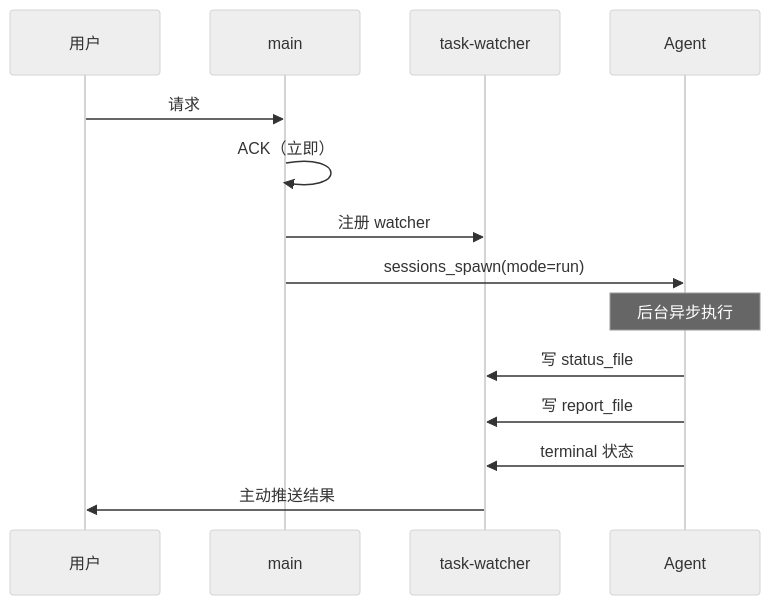
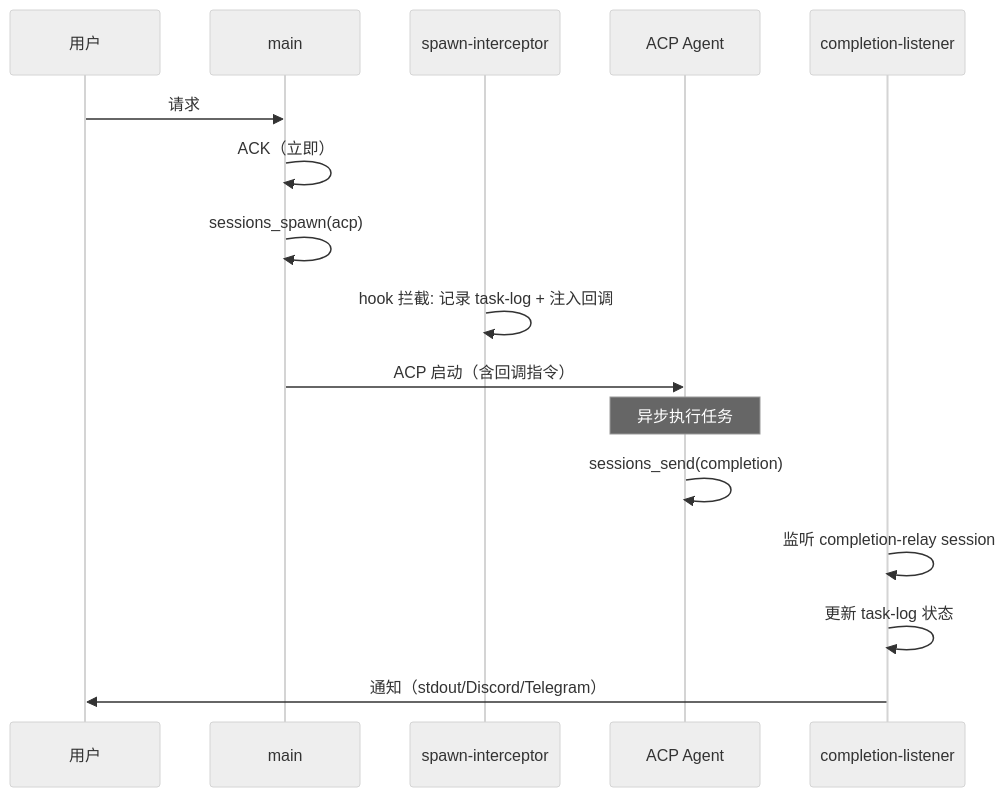
The second of 5 diagrams in ARCHITECTURE.md (2317891476/openclaw-multiagent-framework), drawn with Mermaid (neutral theme) before and after one commit. The commit also changed other lines of this file and 9 other files, not shown here.

````diff
--- a/ARCHITECTURE.md
+++ b/ARCHITECTURE.md
@@ -152,17 +86,19 @@
 ```mermaid
 sequenceDiagram
     participant U as 用户
     participant M as main
-    participant W as task-watcher
-    participant A as Agent
+    participant P as spawn-interceptor
+    participant ACP as ACP Agent
+    participant L as completion-listener
     
     U->>M: 请求
     M->>M: ACK（立即）
-    M->>W: 注册 watcher
-    M->>A: sessions_spawn(mode=run)
-    note over A: 后台异步执行
-    A->>W: 写 status_file
-    A->>W: 写 report_file
-    A->>W: terminal 状态
-    W->>U: 主动推送结果
+    M->>M: sessions_spawn(acp)
+    P->>P: hook 拦截: 记录 task-log + 注入回调
+    M->>ACP: ACP 启动（含回调指令）
+    note over ACP: 异步执行任务
+    ACP->>ACP: sessions_send(completion)
+    L->>L: 监听 completion-relay session
+    L->>L: 更新 task-log 状态
+    L->>U: 通知（stdout/Discord/Telegram）
 ```
````
